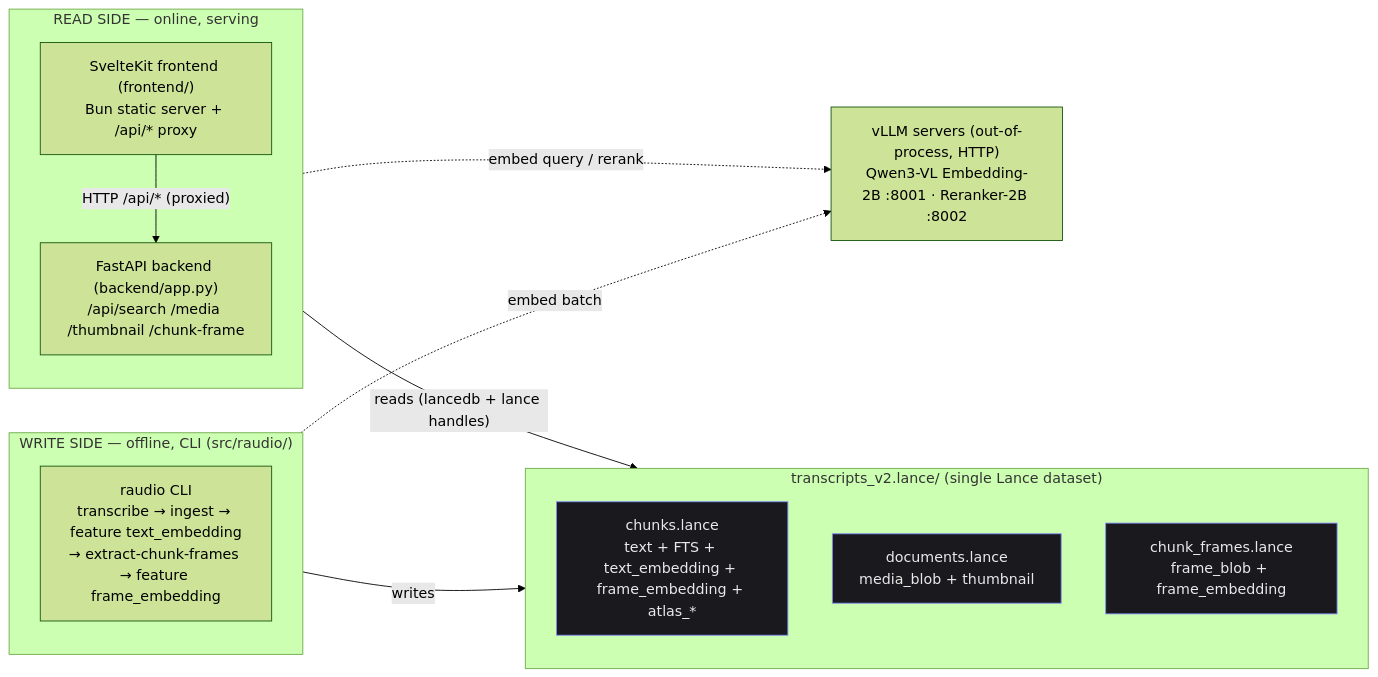
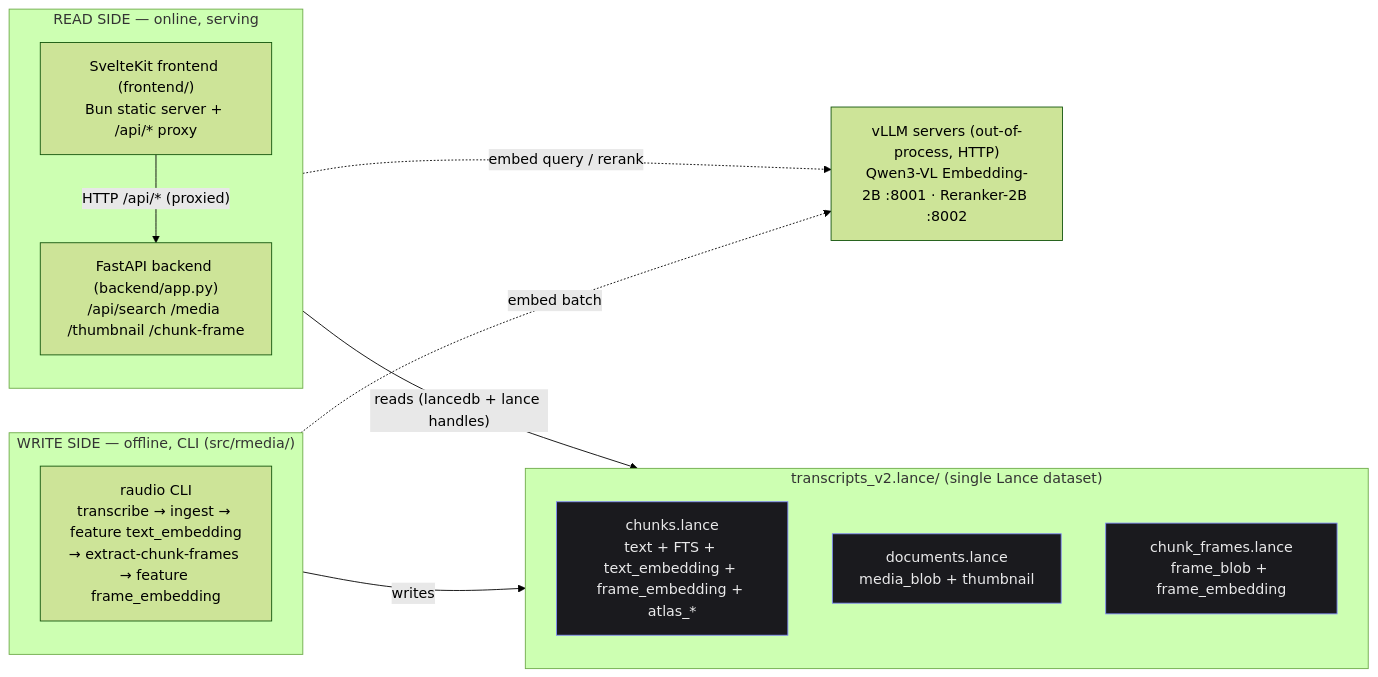
One commit to Borg93/lance-audio-demo changed the first of 4 diagrams in docs/GUIDE.md. Above: the diagram before and after it, drawn with Mermaid (forest theme). The commit also changed other lines of this file and 16 other files, not shown here.

First line of the commit message:
docs(rename): raudio → rmedia/lance-media in docs (Stage E) — buckets + history preserved

````diff
--- a/docs/GUIDE.md
+++ b/docs/GUIDE.md
@@ -34,31 +34,31 @@
 ```mermaid
 flowchart LR
-    subgraph WRITE["WRITE SIDE — offline, CLI (src/raudio/)"]
+    subgraph WRITE["WRITE SIDE — offline, CLI (src/rmedia/)"]
         direction TB
         CLI["raudio CLI<br/>transcribe → ingest → feature text_embedding<br/>→ extract-chunk-frames → feature frame_embedding"]
     end
 
     subgraph DB["transcripts_v2.lance/ (single Lance dataset)"]
         direction TB
         T1["chunks.lance<br/>text + FTS + text_embedding + frame_embedding + atlas_*"]
         T2["documents.lance<br/>media_blob + thumbnail"]
         T3["chunk_frames.lance<br/>frame_blob + frame_embedding"]
     end
 
     subgraph READ["READ SIDE — online, serving"]
         direction TB
         FE["SvelteKit frontend (frontend/)<br/>Bun static server + /api/* proxy"]
         BE["FastAPI backend (backend/app.py)<br/>/api/search /media /thumbnail /chunk-frame"]
         FE -->|"HTTP /api/* (proxied)"| BE
     end
 
     VLLM["vLLM servers (out-of-process, HTTP)<br/>Qwen3-VL Embedding-2B :8001 · Reranker-2B :8002"]
 
     CLI -->|writes| DB
     BE -->|"reads (lancedb + lance handles)"| DB
     CLI -.->|embed batch| VLLM
     BE -.->|"embed query / rerank"| VLLM
 
     classDef store fill:#1a1a1e,stroke:#818cf8,color:#e9e9ea;
     class T1,T2,T3 store;
 ```
````
